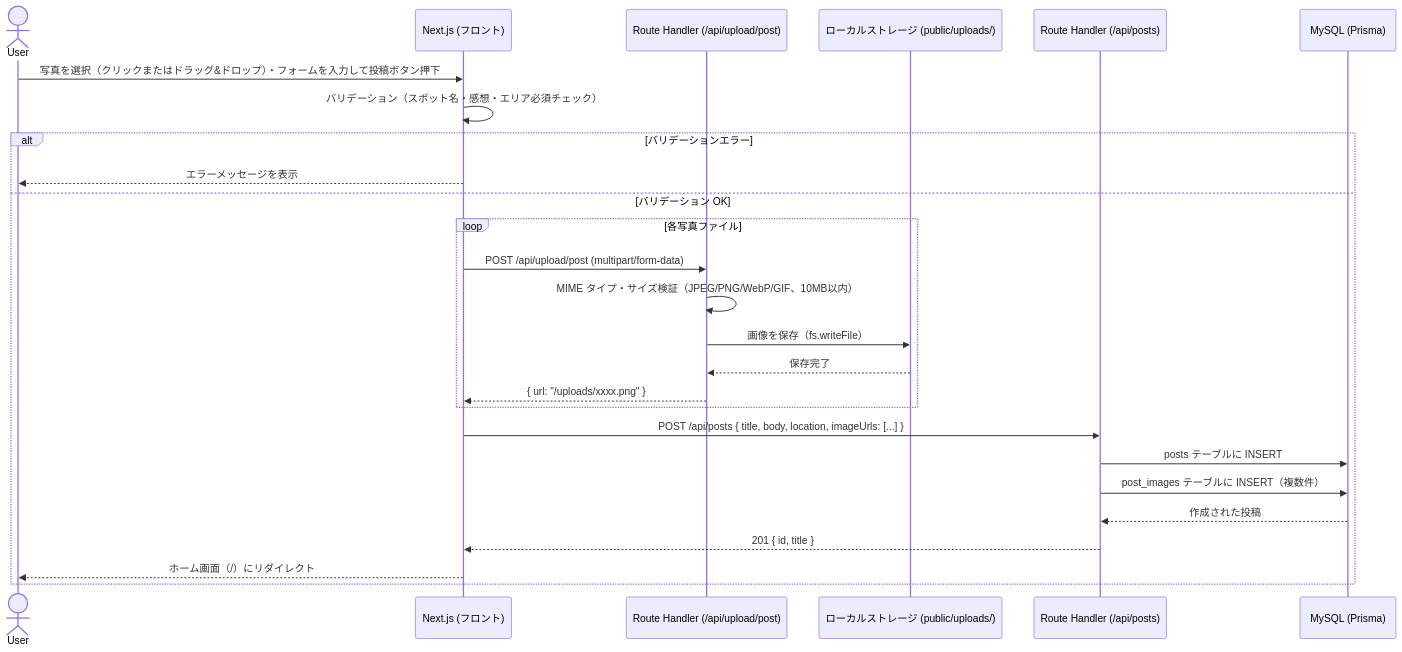
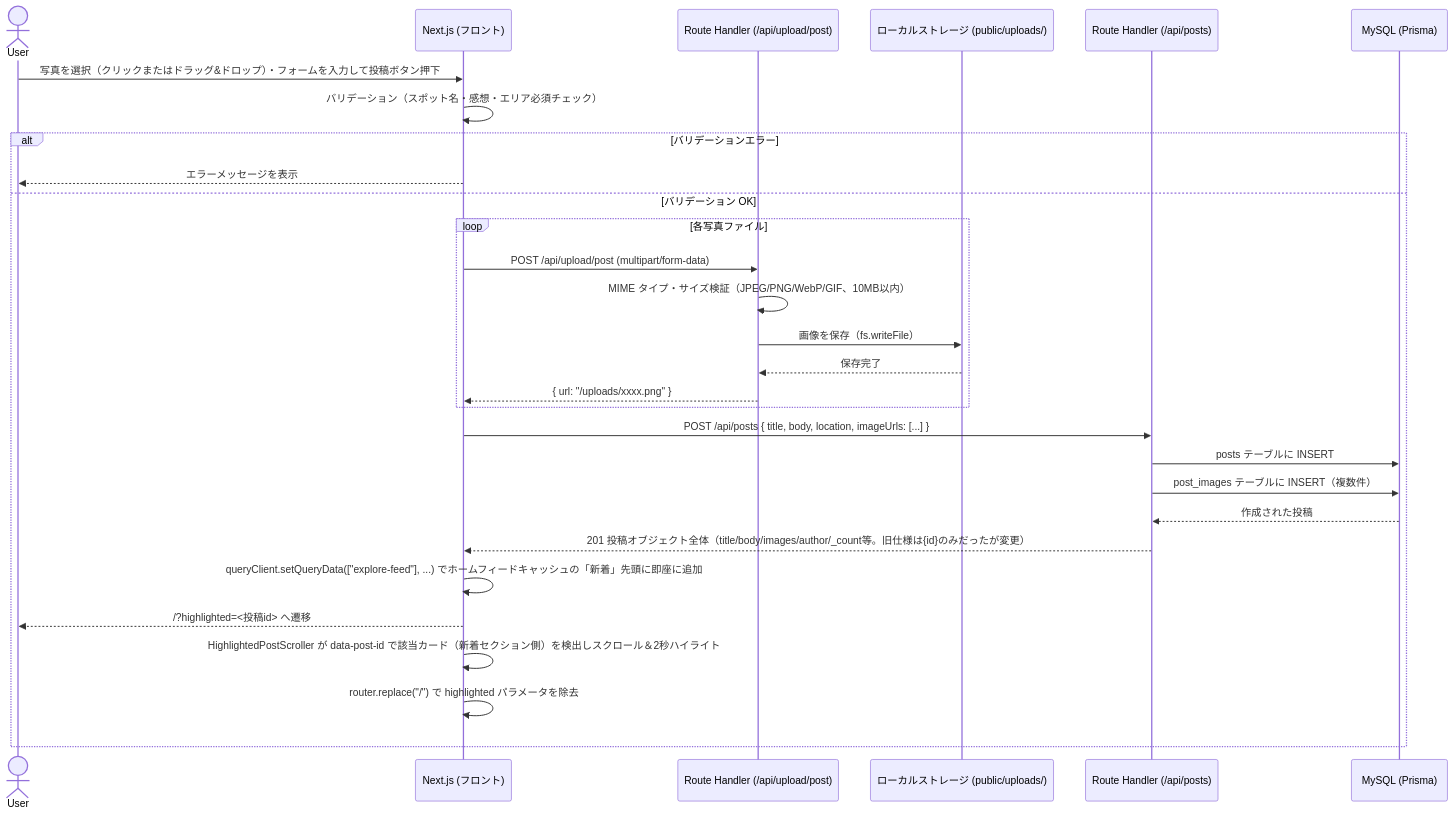
One commit to saki-nakata/TripDiary changed the fifth of 10 diagrams in docs/シーケンス図.md. Above: the diagram before and after it, drawn with Mermaid. The commit also changed other lines of this file and 12 other files, not shown here.

````diff
--- a/docs/シーケンス図.md
+++ b/docs/シーケンス図.md
@@ -139,29 +139,32 @@
 ```mermaid
 sequenceDiagram
     actor User
     participant FE as Next.js (フロント)
     participant UploadAPI as Route Handler (/api/upload/post)
     participant Storage as ローカルストレージ (public/uploads/)
     participant PostAPI as Route Handler (/api/posts)
     participant DB as MySQL (Prisma)
 
     User->>FE: 写真を選択（クリックまたはドラッグ&ドロップ）・フォームを入力して投稿ボタン押下
     FE->>FE: バリデーション（スポット名・感想・エリア必須チェック）
     alt バリデーションエラー
         FE-->>User: エラーメッセージを表示
     else バリデーション OK
         loop 各写真ファイル
             FE->>UploadAPI: POST /api/upload/post (multipart/form-data)
             UploadAPI->>UploadAPI: MIME タイプ・サイズ検証（JPEG/PNG/WebP/GIF、10MB以内）
             UploadAPI->>Storage: 画像を保存（fs.writeFile）
             Storage-->>UploadAPI: 保存完了
             UploadAPI-->>FE: { url: "/uploads/xxxx.png" }
         end
         FE->>PostAPI: POST /api/posts { title, body, location, imageUrls: [...] }
         PostAPI->>DB: posts テーブルに INSERT
         PostAPI->>DB: post_images テーブルに INSERT（複数件）
         DB-->>PostAPI: 作成された投稿
-        PostAPI-->>FE: 201 { id, title }
-        FE-->>User: ホーム画面（/）にリダイレクト
+        PostAPI-->>FE: 201 投稿オブジェクト全体（title/body/images/author/_count等。旧仕様は{id}のみだったが変更）
+        FE->>FE: queryClient.setQueryData(["explore-feed"], ...) でホームフィードキャッシュの「新着」先頭に即座に追加
+        FE-->>User: /?highlighted=<投稿id> へ遷移
+        FE->>FE: HighlightedPostScroller が data-post-id で該当カード（新着セクション側）を検出しスクロール＆2秒ハイライト
+        FE->>FE: router.replace("/") で highlighted パラメータを除去
     end
 ```
````
